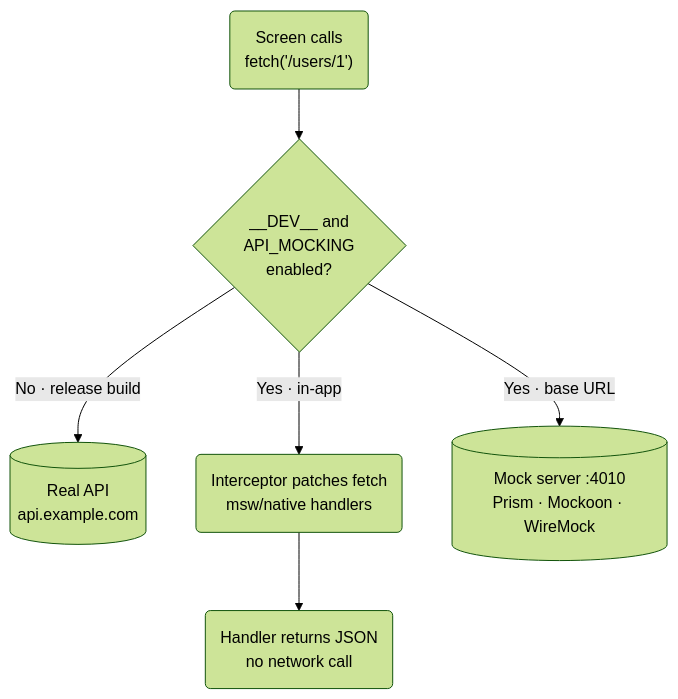
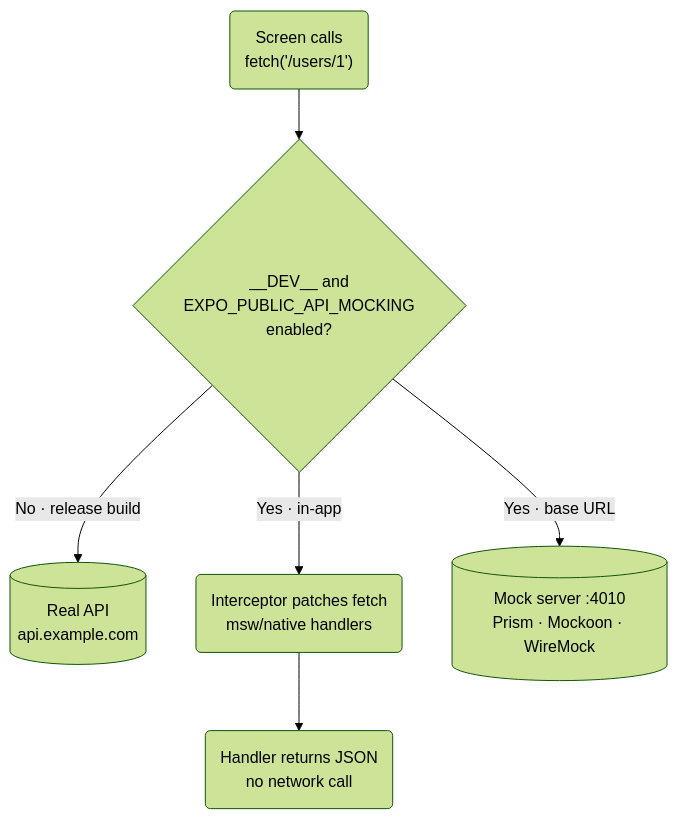
The diagram in src/diagrams/request-flow.mmd (sgedda/devxtools), drawn with Mermaid (forest theme) before and after one commit. The commit also changed 11 other files, not shown here.

First line of the commit message:
RN diagrams: inline SVGs (Inter labels), vertical Figure 4, EXPO_PUBLIC_API_MOCKING, caption edits

```diff
--- a/src/diagrams/request-flow.mmd
+++ b/src/diagrams/request-flow.mmd
@@ -1,6 +1,7 @@
+%% alt: Flowchart. The screen calls fetch. A guard checks __DEV__ and the EXPO_PUBLIC_API_MOCKING flag. If off (release build) the request goes to the real API. If on with in-app mocking, an interceptor patches fetch and a handler returns JSON without a network call. If on with a base URL, the request goes to a mock server on port 4010.
 flowchart TD
-  F("Screen calls<br/>fetch('/users/1')") --> G{"__DEV__ and<br/>API_MOCKING<br/>enabled?"}:::accent
+  F("Screen calls<br/>fetch('/users/1')") --> G{"__DEV__ and<br/>EXPO_PUBLIC_API_MOCKING<br/>enabled?"}:::accent
   G -->|"No · release build"| R[("Real API<br/>api.example.com")]
   G -->|"Yes · in-app"| I("Interceptor patches fetch<br/>msw/native handlers"):::accent
   I --> H("Handler returns JSON<br/>no network call")
   G -->|"Yes · base URL"| M[("Mock server :4010<br/>Prism · Mockoon · WireMock")]
```
